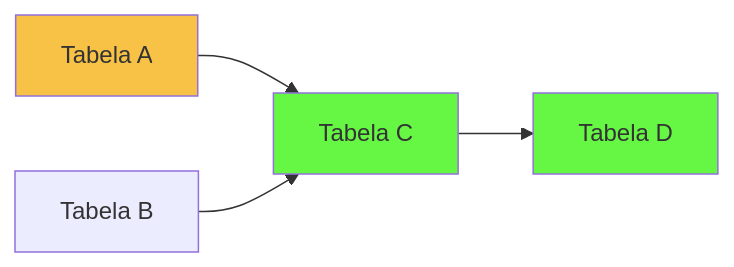
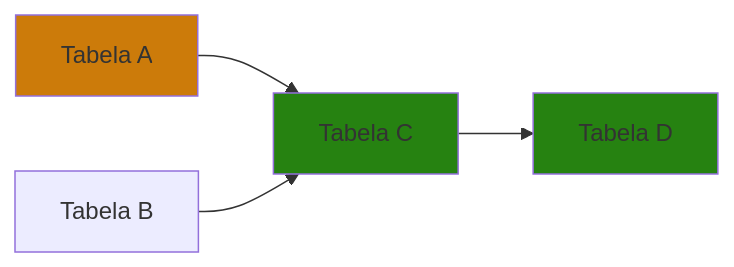
The diagram in README.md (alexandrelimaxs/dbt_cicd), drawn with Mermaid before and after one commit. The commit also changed other lines of this file, not shown here.

````diff
--- a/README.md
+++ b/README.md
@@ -64,13 +177,13 @@
  ```mermaid
 graph LR
 A[Tabela A]
 B[Tabela B]
 C[Tabela C]
 D[Tabela D]
 A --> C
 B --> C
 C --> D
-style A fill:#f7c245
-style D fill:#66f745
-style C fill:#66f745
+style A fill:#cc7b0a
+style D fill:#268211
+style C fill:#268211
 ```
````
